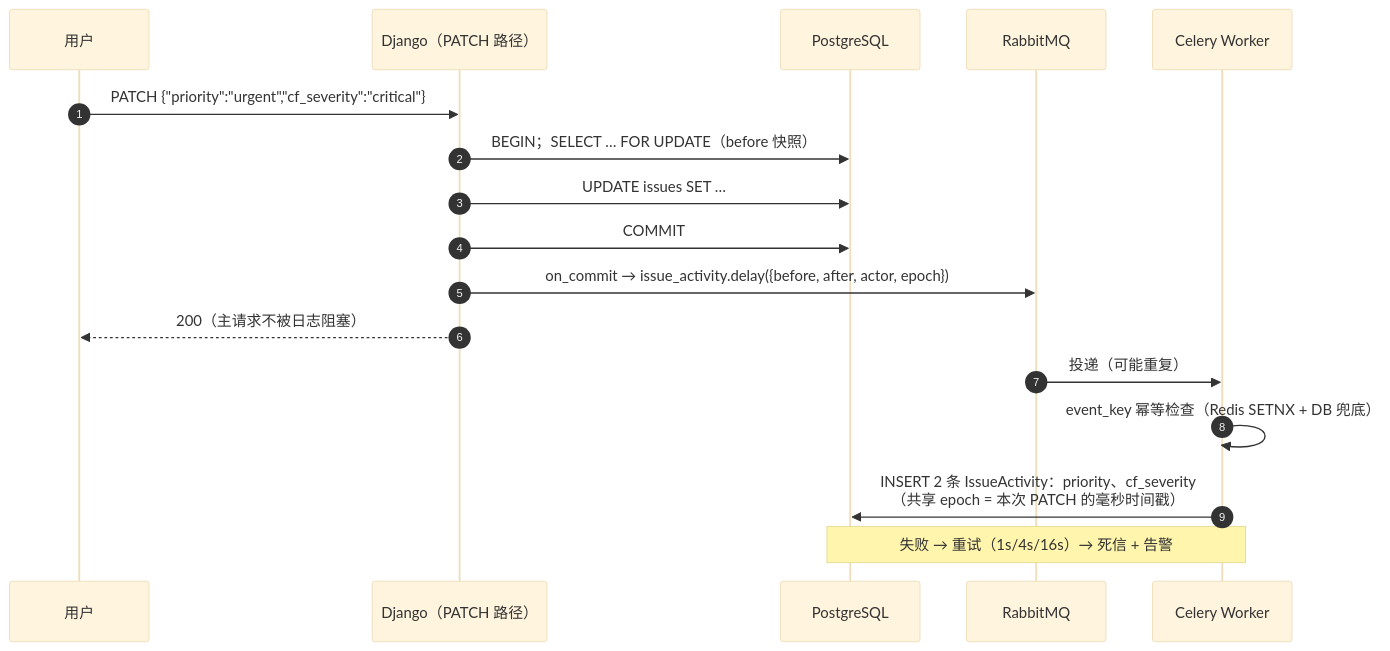
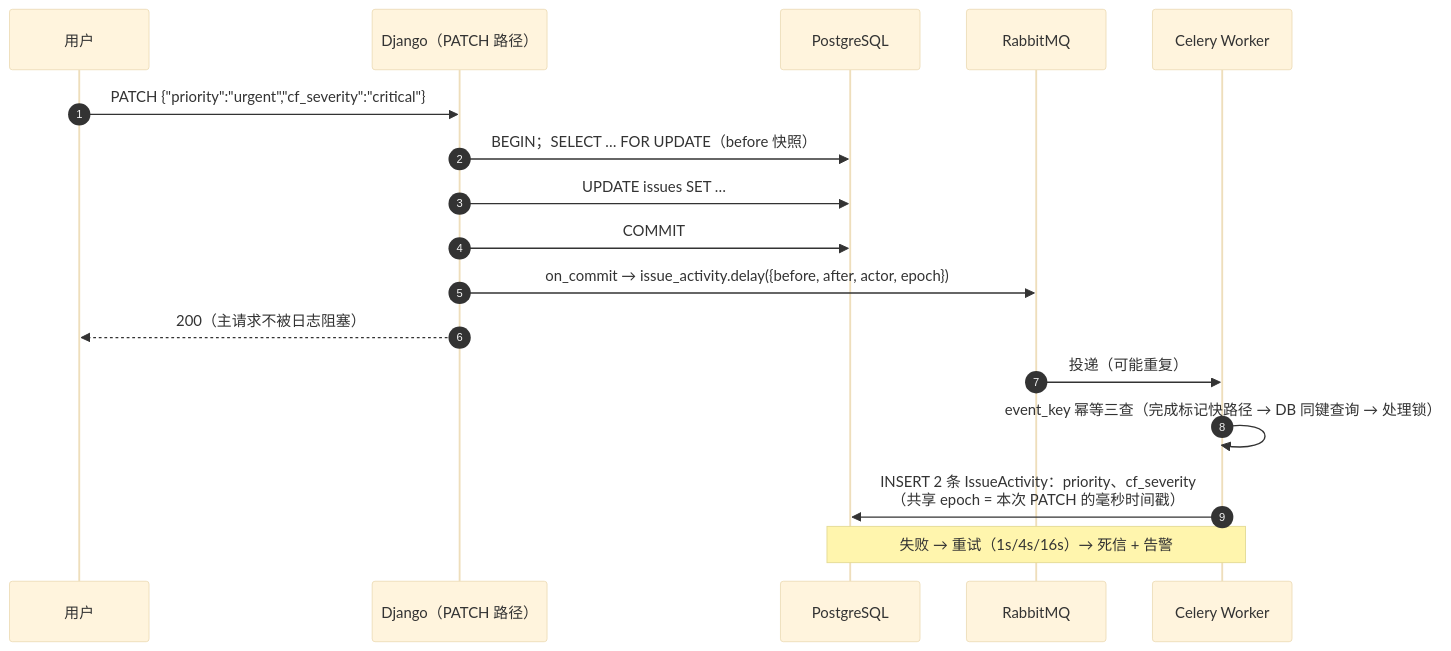
Before and after one commit to RabbitAI-Lab/RabbitProjects: the second of 3 diagrams in docs/sprint-2-task-full/TASK-010-full-audit-log.md, drawn with Mermaid (base theme). The commit also changed other lines of this file and 6 other files, not shown here.

````diff
--- a/docs/sprint-2-task-full/TASK-010-full-audit-log.md
+++ b/docs/sprint-2-task-full/TASK-010-full-audit-log.md
@@ -118,20 +119,20 @@
 ```mermaid
 sequenceDiagram
     autonumber
     participant U as 用户
     participant API as Django（PATCH 路径）
     participant PG as PostgreSQL
     participant MQ as RabbitMQ
     participant CW as Celery Worker
 
     U->>API: PATCH {"priority":"urgent","cf_severity":"critical"}
     API->>PG: BEGIN；SELECT … FOR UPDATE（before 快照）
     API->>PG: UPDATE issues SET …
     API->>PG: COMMIT
     API->>MQ: on_commit → issue_activity.delay({before, after, actor, epoch})
     API-->>U: 200（主请求不被日志阻塞）
     MQ->>CW: 投递（可能重复）
-    CW->>CW: event_key 幂等检查（Redis SETNX + DB 兜底）
+    CW->>CW: event_key 幂等三查（完成标记快路径 → DB 同键查询 → 处理锁）
     CW->>PG: INSERT 2 条 IssueActivity：priority、cf_severity<br/>（共享 epoch = 本次 PATCH 的毫秒时间戳）
     Note over CW,PG: 失败 → 重试（1s/4s/16s）→ 死信 + 告警
 ```
````
